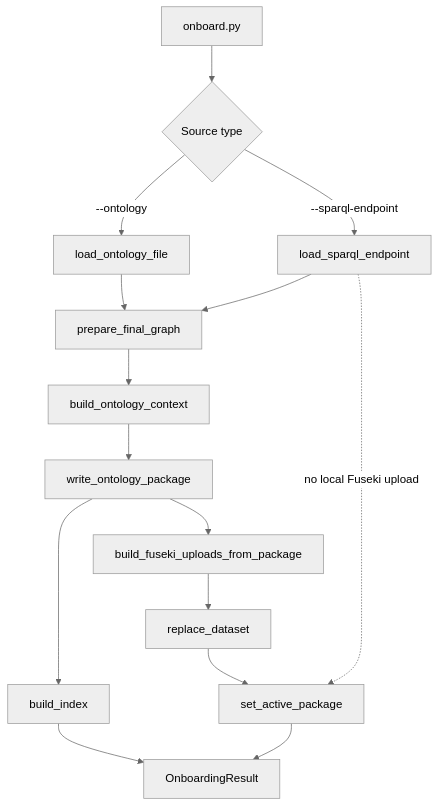
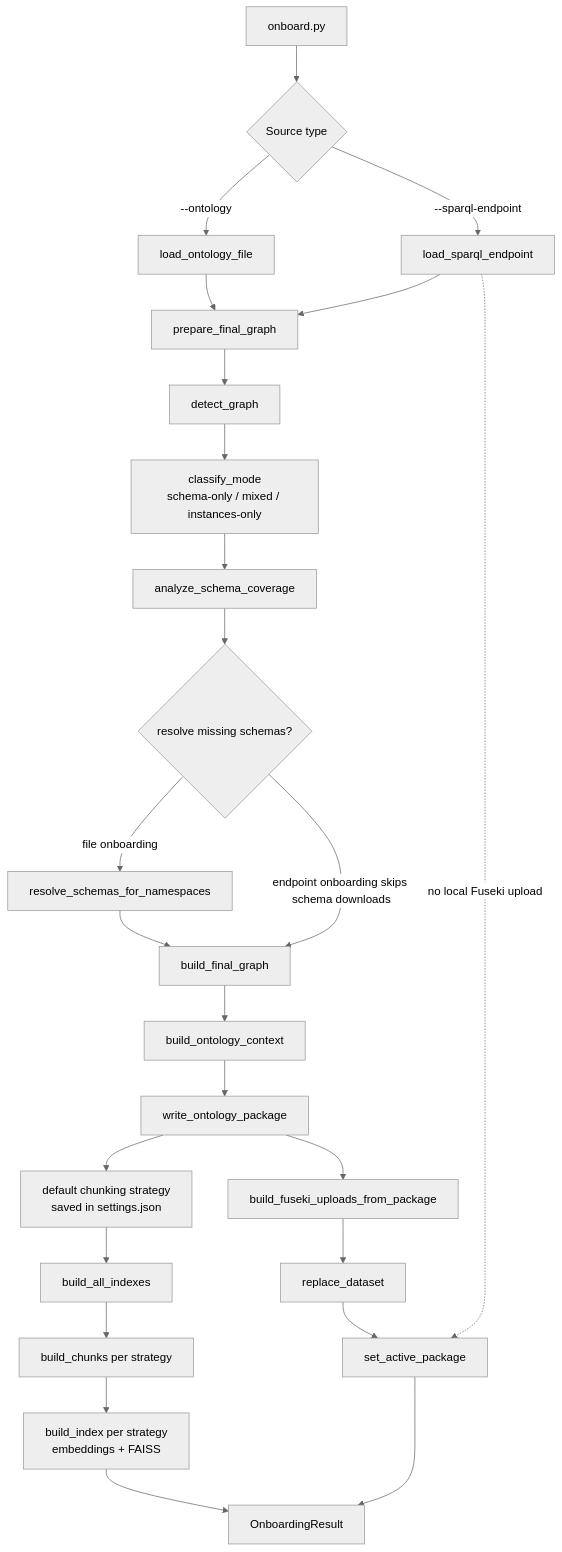
The diagram in docs/architecture/onboarding-flow.md (Mikel-angelo/NL-to-SPARQL), drawn with Mermaid (neutral theme) before and after one commit. The commit also changed other lines of this file and 23 other files, not shown here.

Commit message:
refactored so onboarding produces 3 chunks strategies. evaluation can select which one plus the k plus the number of corrections and override default, same for query

````diff
--- a/docs/architecture/onboarding-flow.md
+++ b/docs/architecture/onboarding-flow.md
@@ -5,32 +5,44 @@
 ```mermaid
 flowchart TD
     cli[onboard.py]
     source{Source type}
     load_file[load_ontology_file]
     load_endpoint[load_sparql_endpoint]
     prepare[prepare_final_graph]
+    detect[detect_graph]
+    mode[classify_mode\nschema-only / mixed / instances-only]
+    coverage[analyze_schema_coverage]
+    resolve{resolve missing schemas?}
+    schemas[resolve_schemas_for_namespaces]
+    merge[build_final_graph]
     context[build_ontology_context]
     write[write_ontology_package]
-    index[build_index]
+    strategy[default chunking strategy\nsaved in settings.json]
+    build_all[build_all_indexes]
+    chunks[build_chunks per strategy]
+    index[build_index per strategy\nembeddings + FAISS]
     uploads[build_fuseki_uploads_from_package]
     fuseki[replace_dataset]
     active[set_active_package]
     result[OnboardingResult]
 
     cli --> source
     source -->|--ontology| load_file
     source -->|--sparql-endpoint| load_endpoint
     load_file --> prepare
     load_endpoint --> prepare
-    prepare --> context
+    prepare --> detect --> mode --> coverage --> resolve
+    resolve -->|file onboarding| schemas --> merge
+    resolve -->|endpoint onboarding skips schema downloads| merge
+    merge --> context
     context --> write
-    write --> index
+    write --> strategy --> build_all --> chunks --> index
     index --> result
 
     write --> uploads
     uploads --> fuseki
     fuseki --> active
     active --> result
 
     load_endpoint -. no local Fuseki upload .-> active
 ```
````
